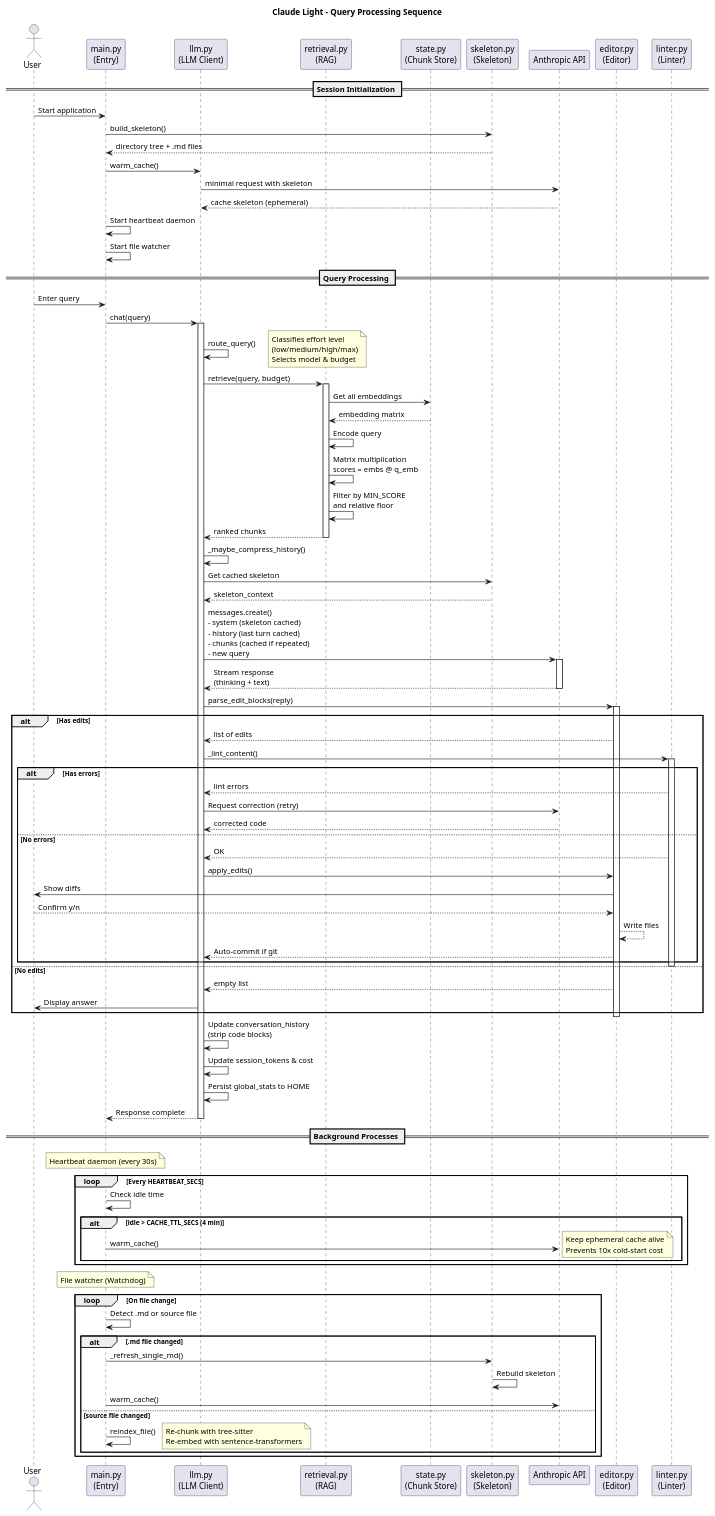
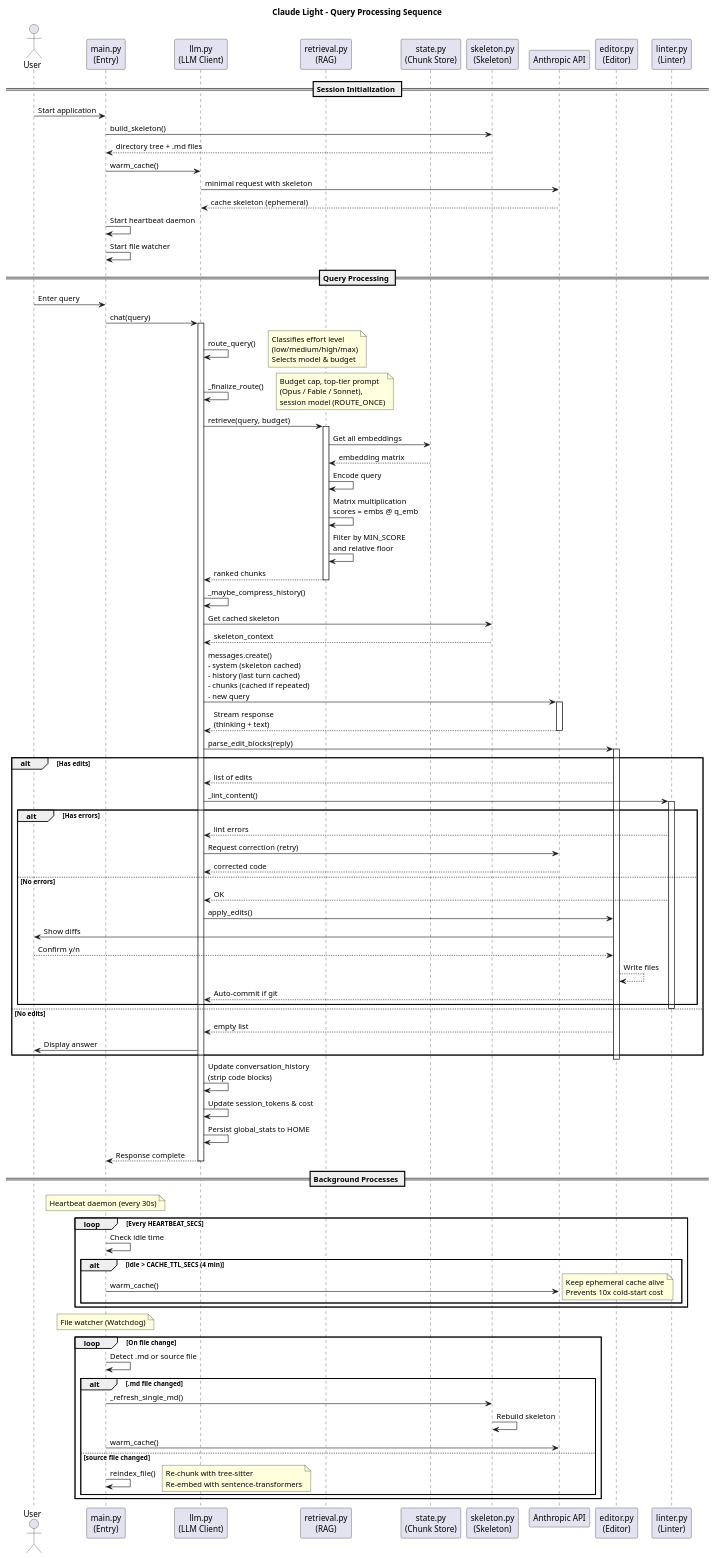
One commit to PIsberg/claude_light changed the diagram in docs/architecture/query-flow.md. Above: the diagram before and after it, drawn with PlantUML. The commit also changed 17 other files, not shown here.

```diff
--- a/docs/architecture/query-flow.md
+++ b/docs/architecture/query-flow.md
@@ -68,6 +68,8 @@
 activate LLM
 LLM -> LLM : route_query()
 note right : Classifies effort level\n(low/medium/high/max)\nSelects model & budget
+LLM -> LLM : _finalize_route()
+note right : Budget cap, top-tier prompt\n(Opus / Fable / Sonnet),\nsession model (ROUTE_ONCE)
 
 LLM -> Retrieval : retrieve(query, budget)
 activate Retrieval
```
